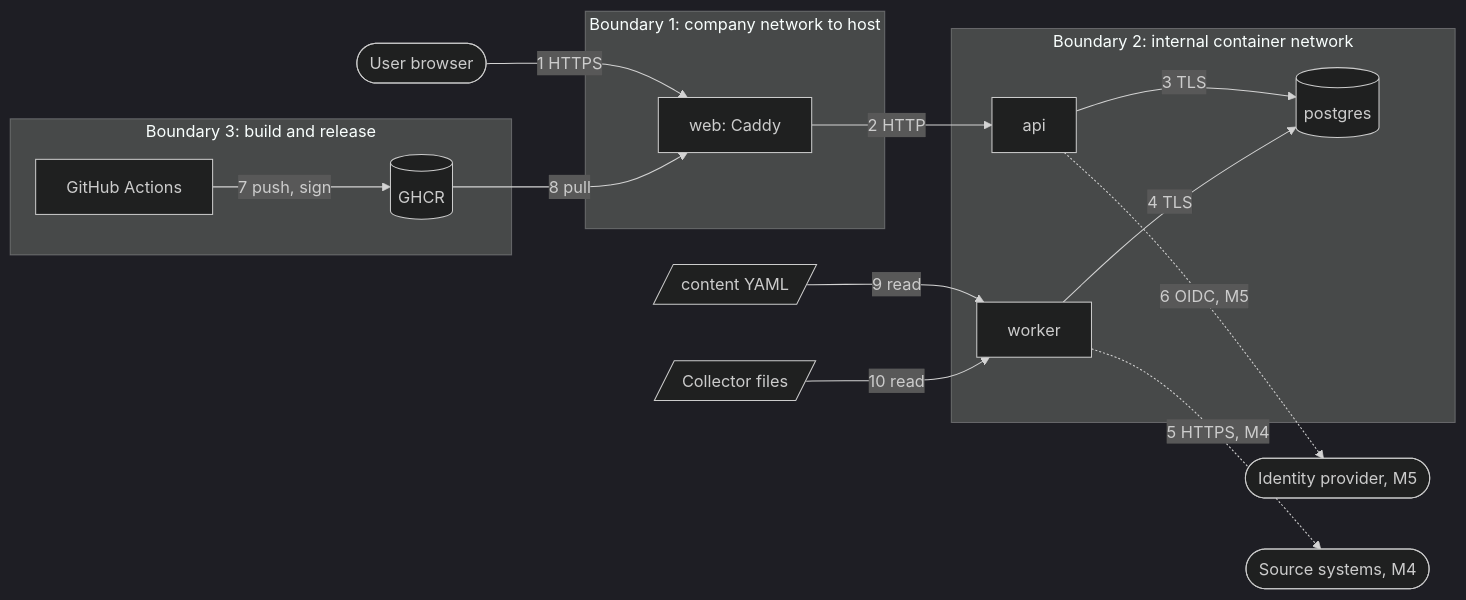
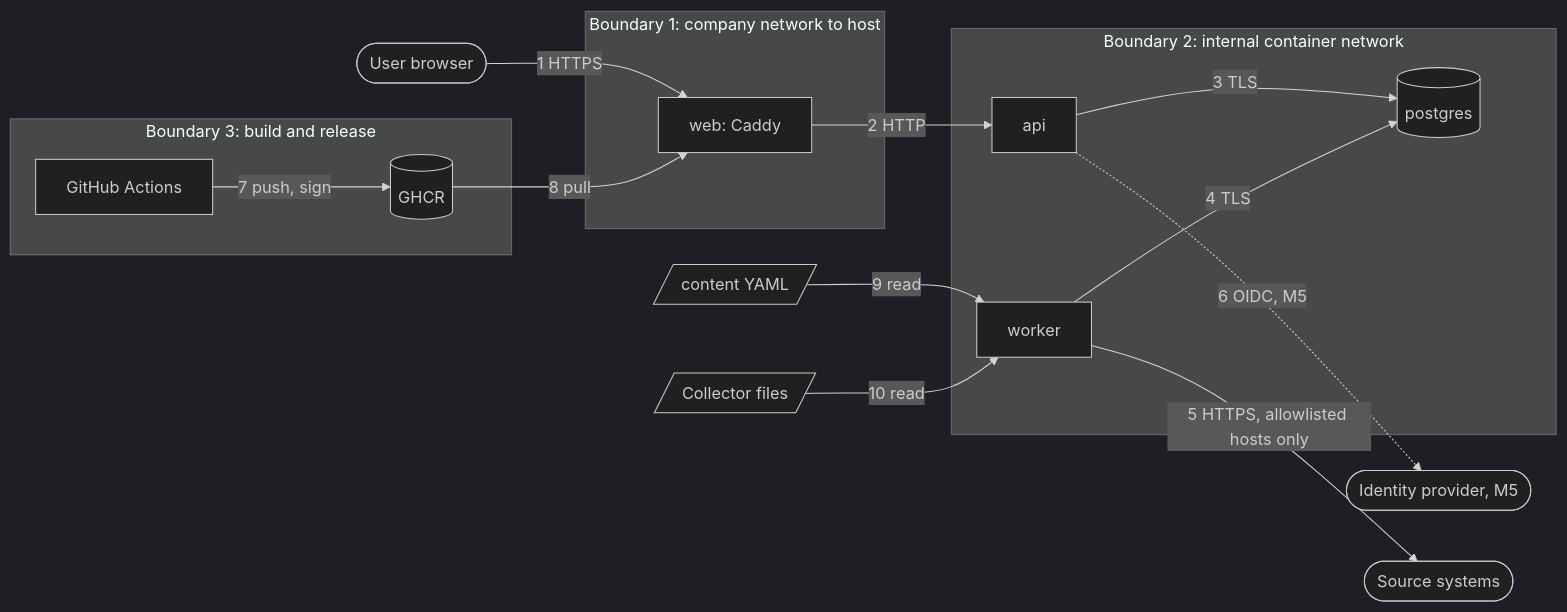
One commit to FlavioImbertDomingos/dsec-metrics changed the diagram in docs/security/threat-model.md. Above: the diagram before and after it, drawn with Mermaid (dark theme). The commit also changed other lines of this file and 18 other files, not shown here.

````diff
--- a/docs/security/threat-model.md
+++ b/docs/security/threat-model.md
@@ -34,30 +34,30 @@
 ```mermaid
 flowchart LR
   user([User browser])
   subgraph TB1[Boundary 1: company network to host]
     web[web: Caddy]
   end
   subgraph TB2[Boundary 2: internal container network]
     api[api]
     worker[worker]
     pg[(postgres)]
   end
   subgraph TB3[Boundary 3: build and release]
     gh[GitHub Actions]
     ghcr[(GHCR)]
   end
   idp([Identity provider, M5])
-  src([Source systems, M4])
+  src([Source systems])
   user -- "1 HTTPS" --> web
   web -- "2 HTTP" --> api
   api -- "3 TLS" --> pg
   worker -- "4 TLS" --> pg
   content[/content YAML/]
   files[/Collector files/]
   content -- "9 read" --> worker
   files -- "10 read" --> worker
-  worker -. "5 HTTPS, M4" .-> src
+  worker -- "5 HTTPS, allowlisted hosts only" --> src
   api -. "6 OIDC, M5" .-> idp
   gh -- "7 push, sign" --> ghcr
   ghcr -- "8 pull" --> web
 ```
````
